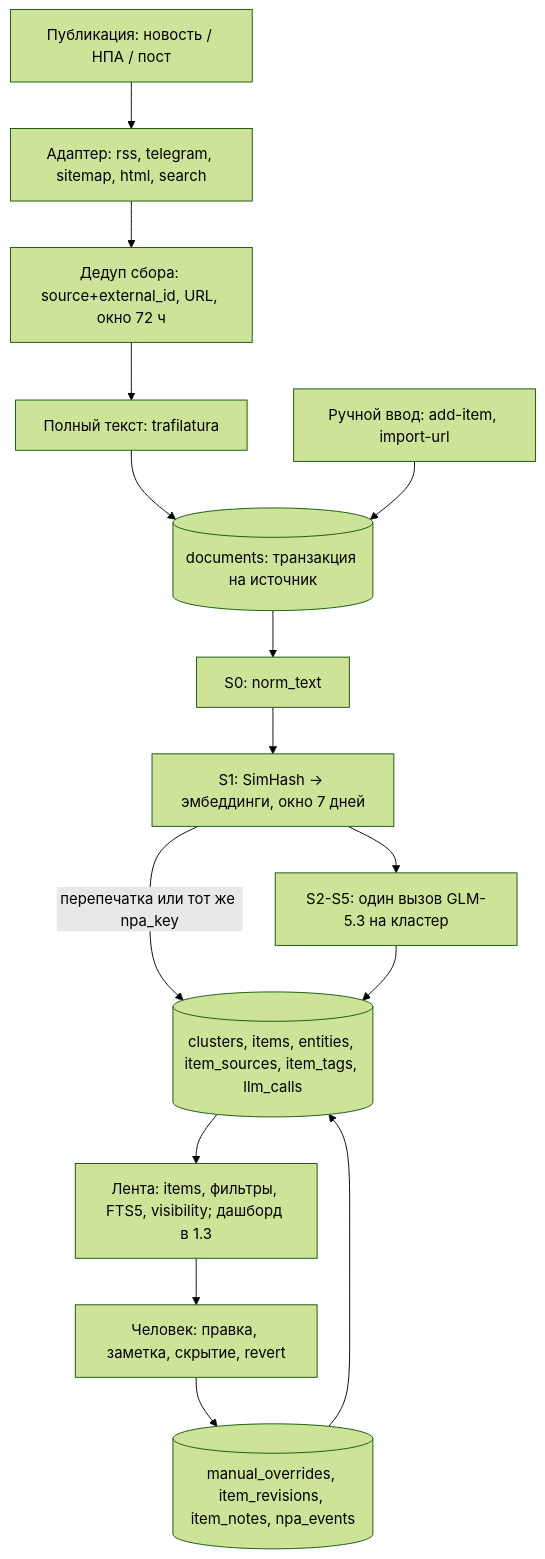
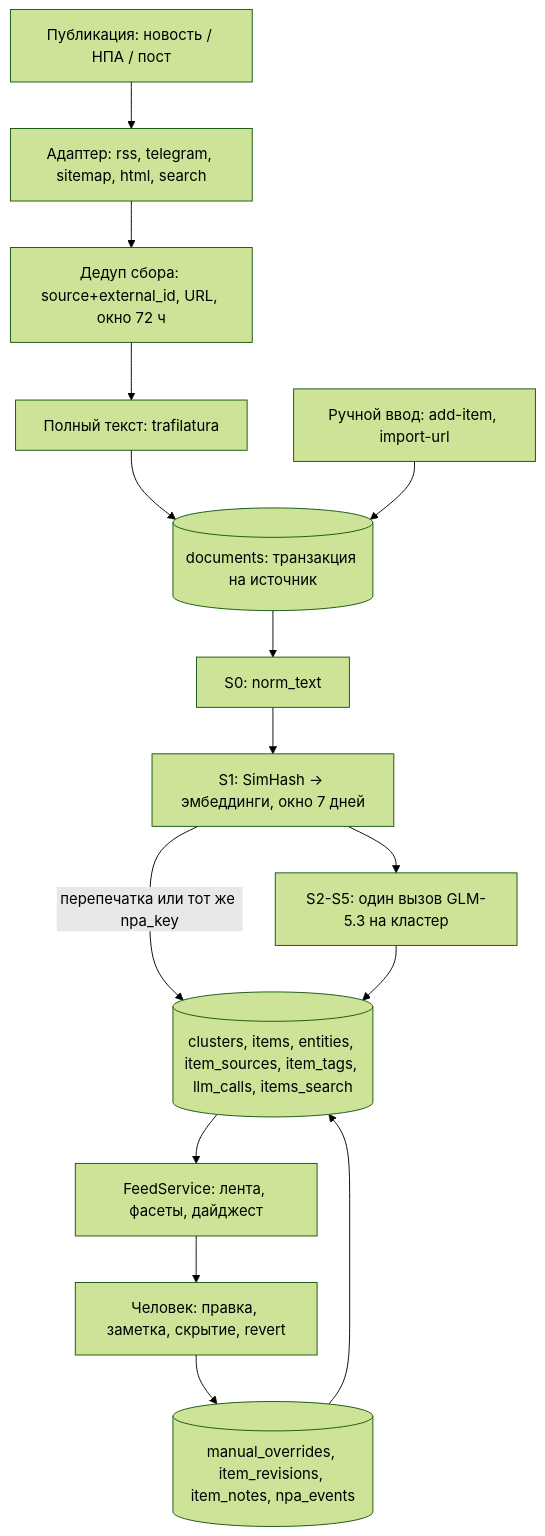
Before and after one commit to youngwow/ai-analytics-hub: the third of 4 diagrams in docs/architecture.md, drawn with Mermaid (forest theme). The commit also changed other lines of this file and 35 other files, not shown here.

````diff
--- a/docs/architecture.md
+++ b/docs/architecture.md
@@ -77,17 +85,17 @@
 ```mermaid
 flowchart TD
     S[Публикация: новость / НПА / пост] --> AD[Адаптер: rss, telegram, sitemap, html, search]
     AD --> DD1[Дедуп сбора: source+external_id, URL, окно 72 ч]
     DD1 --> FT[Полный текст: trafilatura]
     FT --> ST[(documents: транзакция на источник)]
     M[Ручной ввод: add-item, import-url] --> ST
     ST --> N[S0: norm_text]
     N --> DD2[S1: SimHash → эмбеддинги, окно 7 дней]
     DD2 -->|перепечатка или тот же npa_key| IT
     DD2 --> LLM[S2-S5: один вызов GLM-5.3 на кластер]
-    LLM --> IT[(clusters, items, entities, item_sources, item_tags, llm_calls)]
-    IT --> FEED[Лента: items, фильтры, FTS5, visibility; дашборд в 1.3]
+    LLM --> IT[(clusters, items, entities, item_sources, item_tags, llm_calls, items_search)]
+    IT --> FEED[FeedService: лента, фасеты, дайджест]
     FEED --> EDIT[Человек: правка, заметка, скрытие, revert]
     EDIT --> HIST[(manual_overrides, item_revisions, item_notes, npa_events)]
     HIST --> IT
 ```
````
